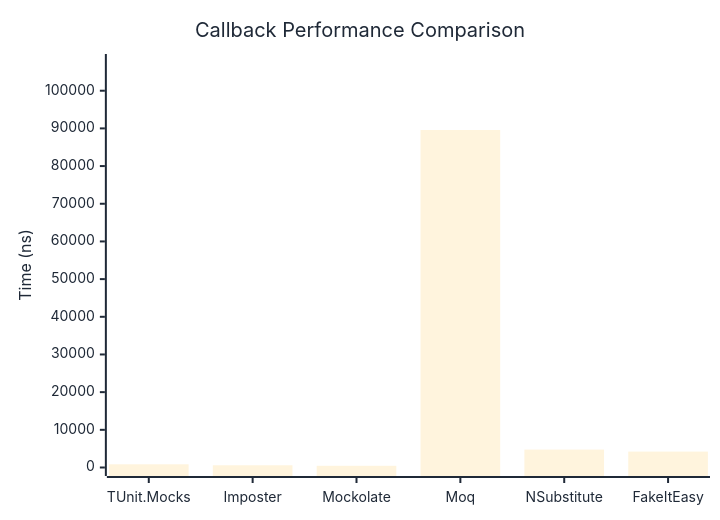
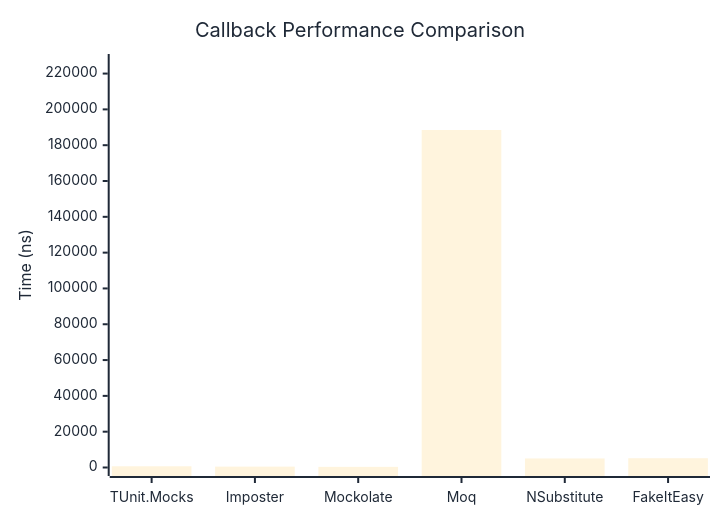
One commit to thomhurst/TUnit changed the first of 2 diagrams in docs/docs/benchmarks/mocks/Callback.md. Above: the diagram before and after it, drawn with Mermaid. The commit also changed other lines of this file and 14 other files, not shown here.

````diff
--- a/docs/docs/benchmarks/mocks/Callback.md
+++ b/docs/docs/benchmarks/mocks/Callback.md
@@ -30,27 +30,27 @@
 ```mermaid
 %%{init: {
   'theme':'base',
   'themeVariables': {
     'primaryColor': '#2563eb',
     'primaryTextColor': '#1f2937',
     'primaryBorderColor': '#1e40af',
     'lineColor': '#6b7280',
     'secondaryColor': '#7c3aed',
     'tertiaryColor': '#dc2626',
     'background': '#ffffff',
     'pie1': '#2563eb',
     'pie2': '#7c3aed',
     'pie3': '#dc2626',
     'pie4': '#f59e0b',
     'pie5': '#10b981',
     'pie6': '#06b6d4',
     'pie7': '#ec4899',
     'pie8': '#6366f1'
   }
 }}%%
 xychart-beta
   title "Callback Performance Comparison"
   x-axis ["TUnit.Mocks", "Imposter", "Mockolate", "Moq", "NSubstitute", "FakeItEasy"]
-  y-axis "Time (ns)" 0 --> 107490
-  bar [847.9, 591.2, 451.6, 89574.2, 4755.8, 4220.5]
+  y-axis "Time (ns)" 0 --> 226185
+  bar [691.8, 493.3, 364.6, 188486.8, 5061.2, 5177.9]
 ```
````
